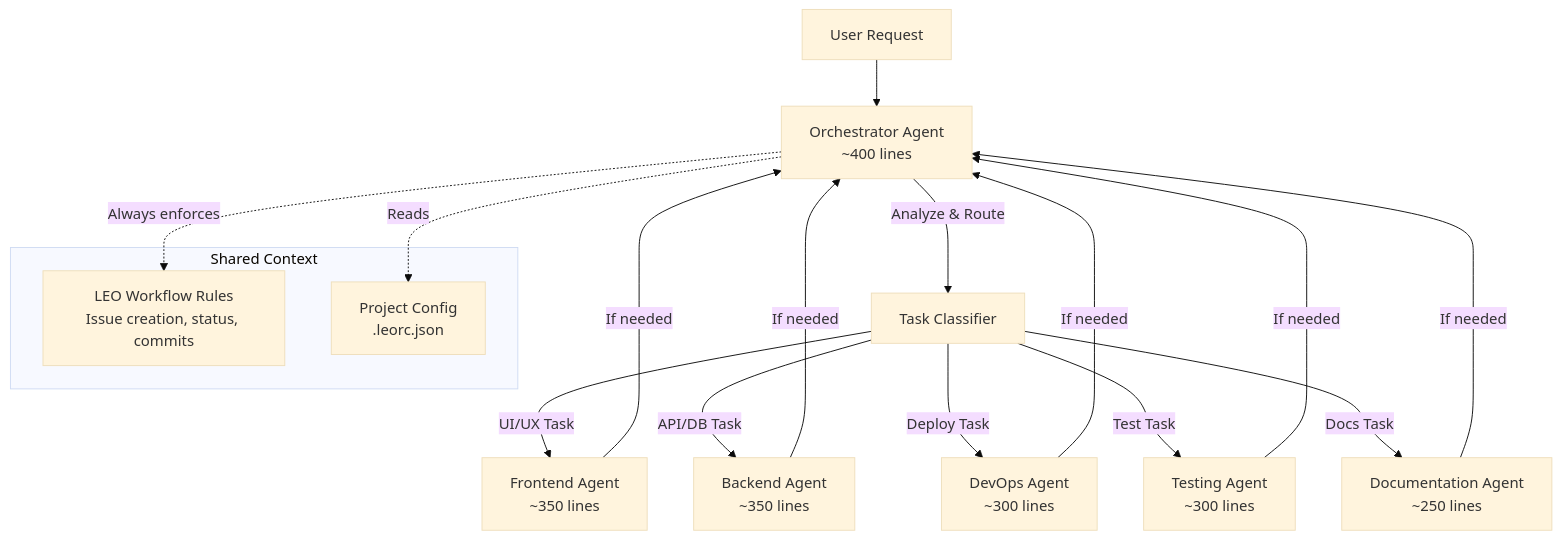
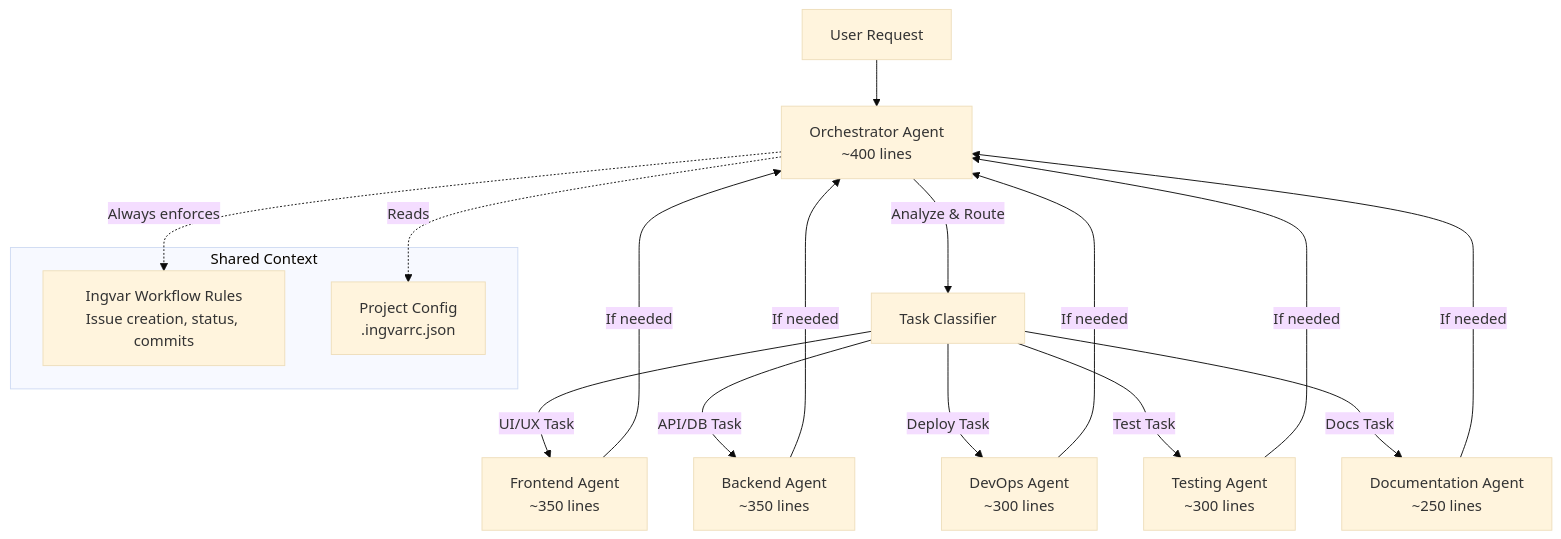
Before and after one commit to leopagotto/ingvar-kit: the diagram in docs/specs/multi-agent-orchestration.md, drawn with Mermaid (base theme). The commit also changed other lines of this file and 701 other files, not shown here.

````diff
--- a/docs/specs/multi-agent-orchestration.md
+++ b/docs/specs/multi-agent-orchestration.md
@@ -105,26 +105,26 @@
 ```mermaid
 graph TB
     USER[User Request] --> ORCHESTRATOR[Orchestrator Agent<br/>~400 lines]
 
     ORCHESTRATOR -->|Analyze & Route| CLASSIFIER[Task Classifier]
 
     CLASSIFIER -->|UI/UX Task| FRONTEND[Frontend Agent<br/>~350 lines]
     CLASSIFIER -->|API/DB Task| BACKEND[Backend Agent<br/>~350 lines]
     CLASSIFIER -->|Deploy Task| DEVOPS[DevOps Agent<br/>~300 lines]
     CLASSIFIER -->|Test Task| TESTING[Testing Agent<br/>~300 lines]
     CLASSIFIER -->|Docs Task| DOCS[Documentation Agent<br/>~250 lines]
 
     FRONTEND -->|If needed| ORCHESTRATOR
     BACKEND -->|If needed| ORCHESTRATOR
     DEVOPS -->|If needed| ORCHESTRATOR
     TESTING -->|If needed| ORCHESTRATOR
     DOCS -->|If needed| ORCHESTRATOR
 
     subgraph "Shared Context"
-        WORKFLOW[LEO Workflow Rules<br/>Issue creation, status, commits]
-        CONFIG[Project Config<br/>.leorc.json]
+        WORKFLOW[Ingvar Workflow Rules<br/>Issue creation, status, commits]
+        CONFIG[Project Config<br/>.ingvarrc.json]
     end
 
     ORCHESTRATOR -.->|Always enforces| WORKFLOW
     ORCHESTRATOR -.->|Reads| CONFIG
 ```
````
